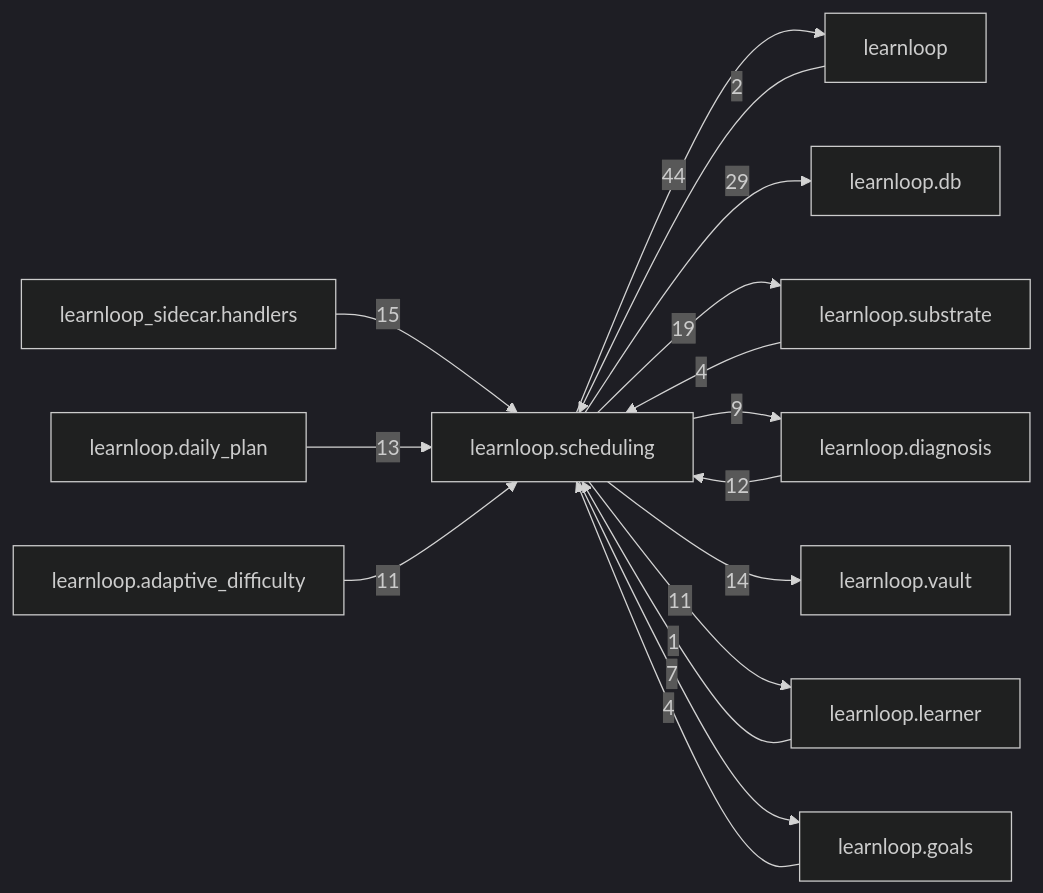
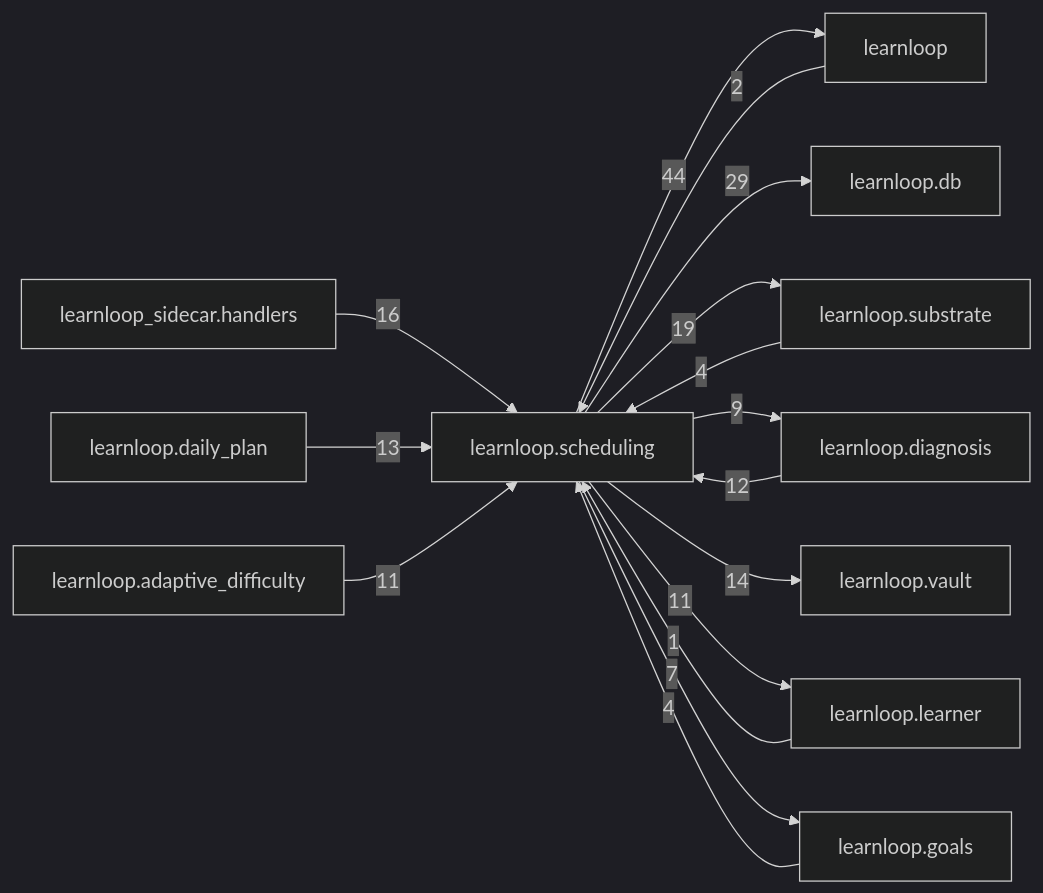
Before and after one commit to 6up-b/learnanything: the diagram in docs/learnloop-architecture-vault/Reference/Modules/learnloop/scheduling/_package.md, drawn with Mermaid (dark theme). The commit also changed other lines of this file and 44 other files, not shown here.

````diff
--- a/docs/learnloop-architecture-vault/Reference/Modules/learnloop/scheduling/_package.md
+++ b/docs/learnloop-architecture-vault/Reference/Modules/learnloop/scheduling/_package.md
@@ -188,29 +188,29 @@
 ```mermaid
 flowchart LR
     center["learnloop.scheduling"]
     n_learnloop["learnloop"]
     n_learnloop_db["learnloop.db"]
     n_learnloop_substrate["learnloop.substrate"]
     n_learnloop_diagnosis["learnloop.diagnosis"]
     n_learnloop_sidecar_handlers["learnloop_sidecar.handlers"]
     n_learnloop_vault["learnloop.vault"]
     n_learnloop_daily_plan["learnloop.daily_plan"]
     n_learnloop_learner["learnloop.learner"]
     n_learnloop_adaptive_difficulty["learnloop.adaptive_difficulty"]
     n_learnloop_goals["learnloop.goals"]
     n_learnloop -->|2| center
     center -->|44| n_learnloop
     center -->|29| n_learnloop_db
     n_learnloop_substrate -->|4| center
     center -->|19| n_learnloop_substrate
     n_learnloop_diagnosis -->|12| center
     center -->|9| n_learnloop_diagnosis
-    n_learnloop_sidecar_handlers -->|15| center
+    n_learnloop_sidecar_handlers -->|16| center
     center -->|14| n_learnloop_vault
     n_learnloop_daily_plan -->|13| center
     n_learnloop_learner -->|1| center
     center -->|11| n_learnloop_learner
     n_learnloop_adaptive_difficulty -->|11| center
     n_learnloop_goals -->|4| center
     center -->|7| n_learnloop_goals
 ```
````
